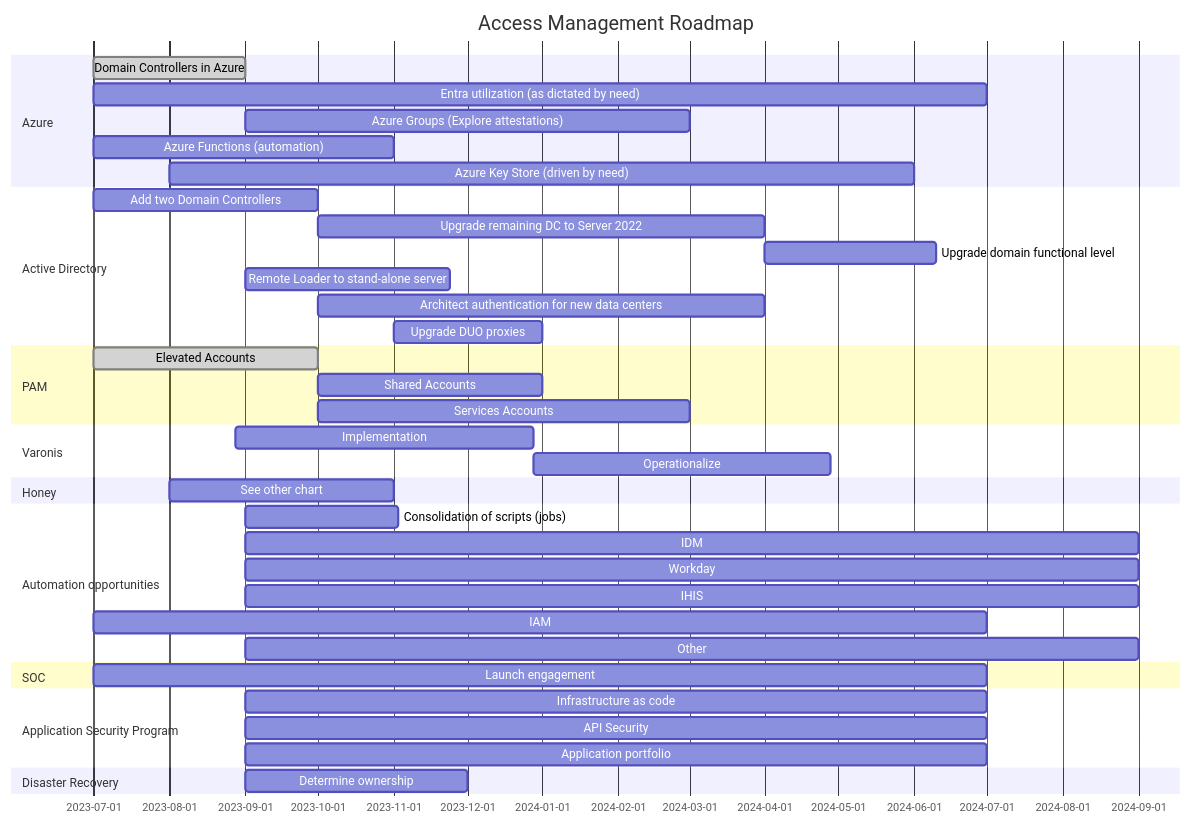
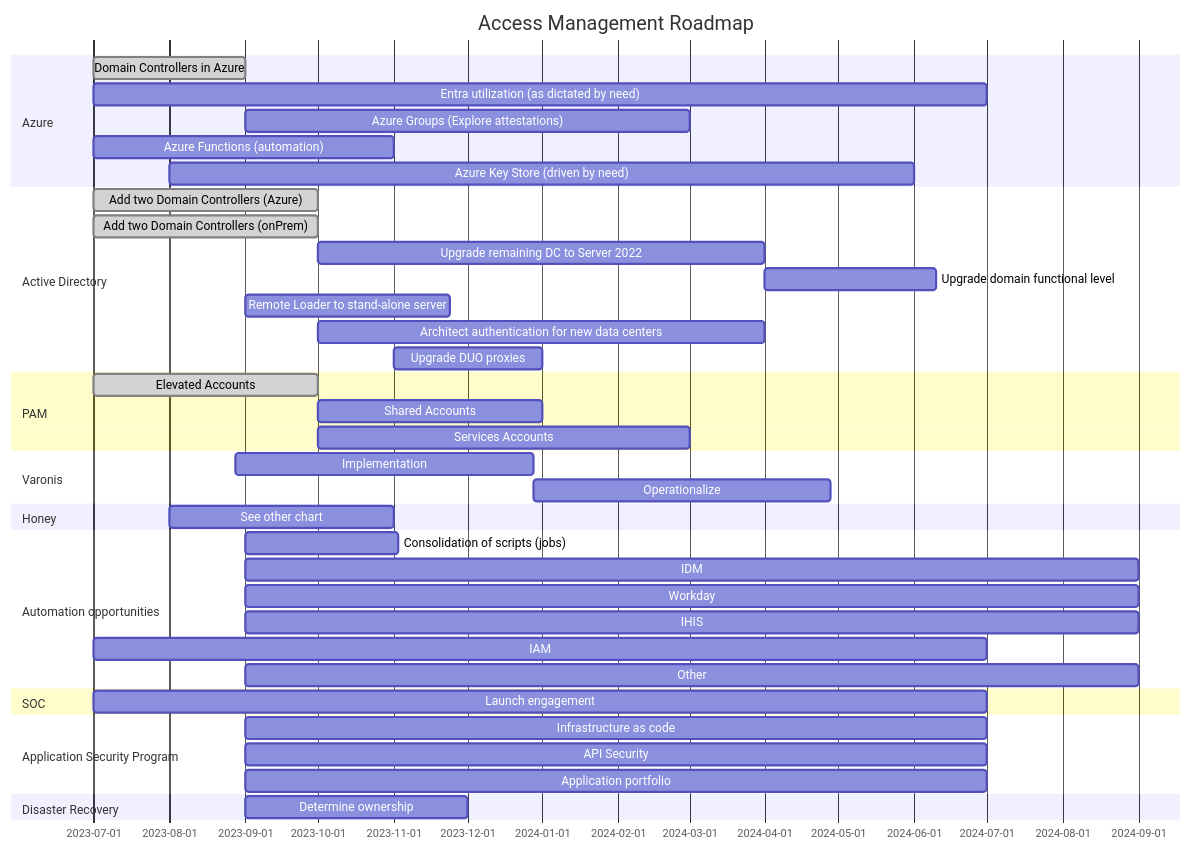
Before and after one commit to stahler/MermaidDiagrams: the diagram in AccessManagement.md, drawn with Mermaid.

````diff
--- a/AccessManagement.md
+++ b/AccessManagement.md
@@ -1,70 +1,71 @@
 ```mermaid
 %%{init:
     {
         "gantt":{
             "titleTopMargin":25,
             "leftPadding":80,
             "numberSectionStyles":2,
             %%"topAxis":"true",
             "axisFormat":"%b-%Y",
             "barHeight":30,
             "barGap":15,
             "useMaxWidth": true
         }
     }
 }%%
 
 gantt
     title Access Management Roadmap
     dateFormat  YYYY-MM-DD
     todayMarker stroke-width:5px,stroke:green,opacity:0.5
     tickInterval 1quarter
     %% excludes 2023-09-04, Weekends
     
 section Azure
 Domain Controllers in Azure             :done,2023-07-01, 2M
 Entra utilization (as dictated by need) :2023-07-01, 12M
 Azure Groups (Explore attestations)     :2023-09-01, 6M
 Azure Functions (automation)            :2023-07-01, 4M
 Azure Key Store (driven by need)        :2023-08-01, 10M
 
 section Active Directory                    
-Add two Domain Controllers              :a1,2023-07-01, 3M
+Add two Domain Controllers (Azure)      :done, a1,2023-07-01, 3M
+Add two Domain Controllers (onPrem)     :done, a1,2023-07-01, 3M
 Upgrade remaining DC to Server 2022     :a2,after a1, 6M
 Upgrade domain functional level         :a3,after a2, 10w
 Remote Loader to stand-alone server     :2023-09-01, 12w
 Architect authentication for new data centers: 2023-10-01, 6M
 Upgrade DUO proxies                     :2023-11-01, 2M
 
 section PAM
 Elevated Accounts                       :done,p1, 2023-07-01, 3M
 Shared Accounts                         :after p1,3M
 Services Accounts                       :after p1,5M
 
 section Varonis
 Implementation                          :v1, 2023-08-28, 4M
 Operationalize                          :after v1, 4M
 
 section Honey 
 See other chart                         :2023-08-01, 3M
 
 section Automation opportunities
 Consolidation of scripts (jobs)         :2023-09-01, 9w
 IDM                                     :2023-09-01, 12M
 Workday                                 :2023-09-01, 12M
 IHIS                                    :2023-09-01, 12M
 IAM                                     :2023-07-01, 12M
 Other                                   :2023-09-01, 12M
 
 section SOC
 Launch engagement                       :2023-07-01, 12M
 
 section Application Security Program   
 Infrastructure as code                  :2023-09-01, 10M
 API Security                            :2023-09-01, 10M
 Application portfolio                   :2023-09-01, 10M
 
 section Disaster Recovery
 Determine ownership                     :2023-09-01, 3M
 
 ```
````
